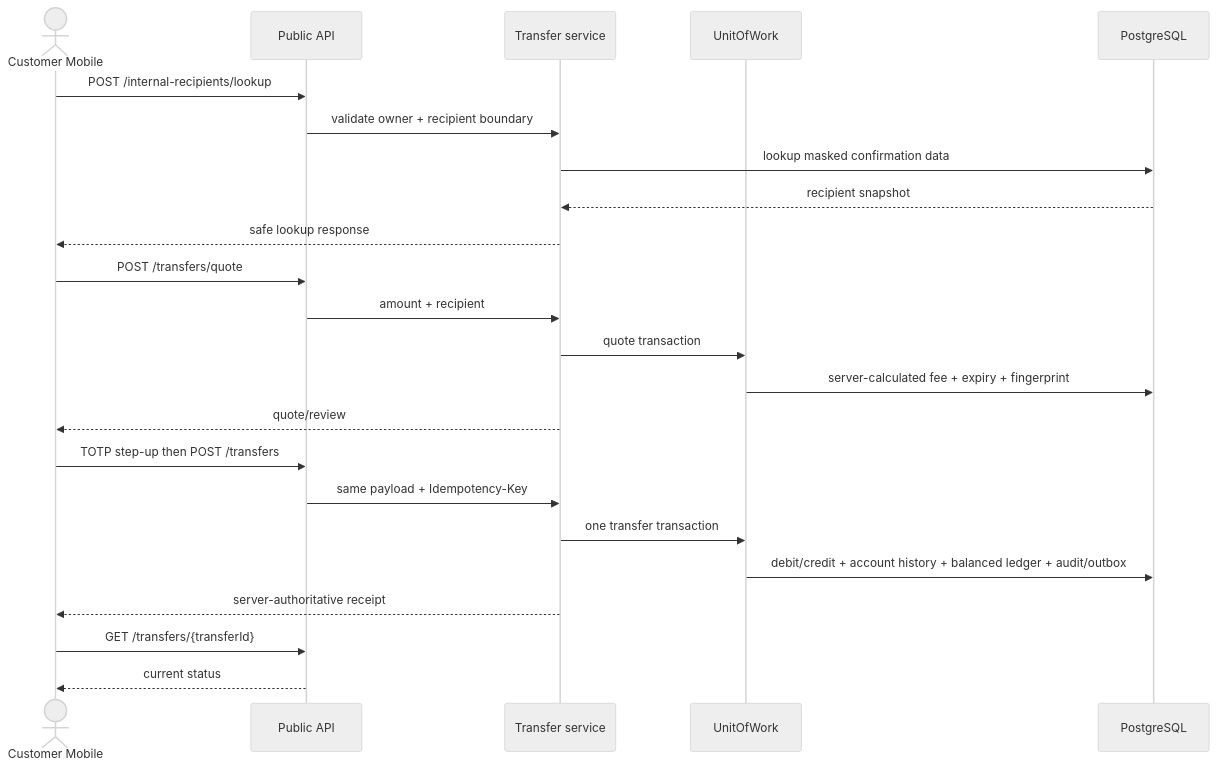
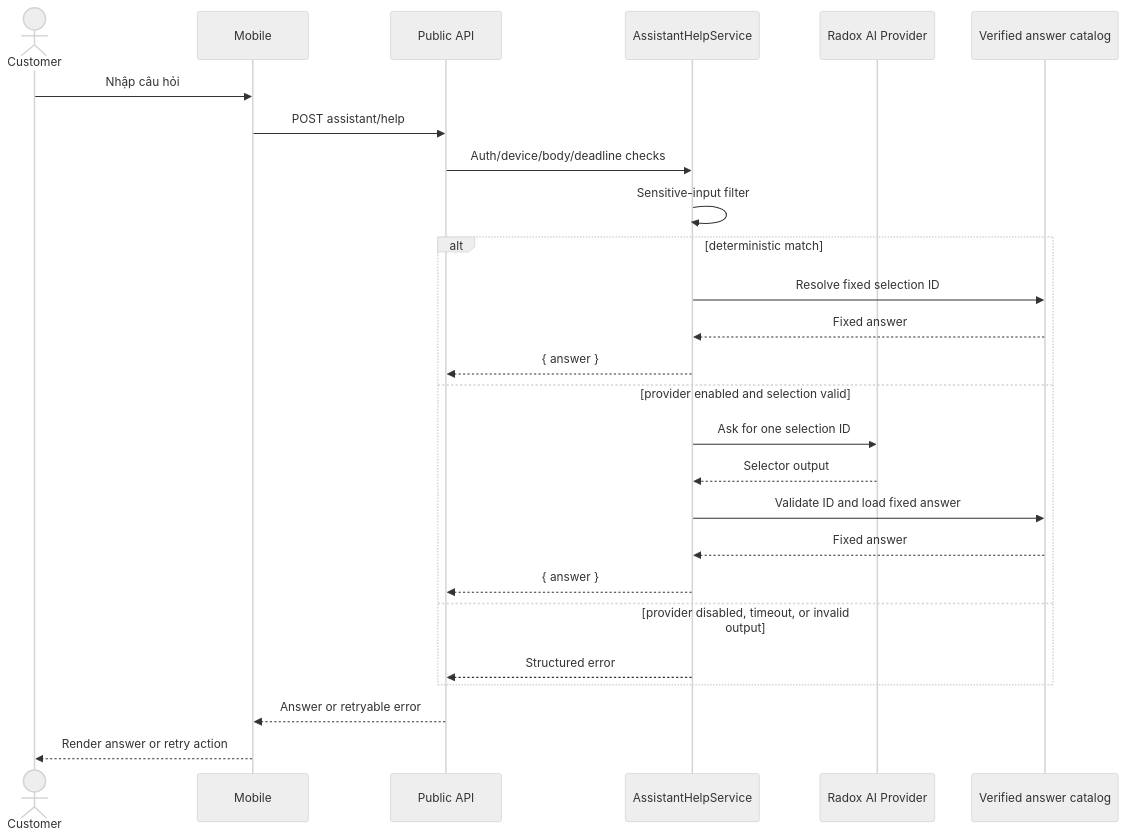
One commit to NguyenCaoKy1603/banking-system changed the third of 4 diagrams in documents/02-design/sequence-core-demo.md. Above: the diagram before and after it, drawn with Mermaid (neutral theme). The commit also changed other lines of this file and 69 other files, not shown here.

Commit message:
docs(specification): align comprehensive 31 use-cases specification and roadmap

````diff
--- a/documents/02-design/sequence-core-demo.md
+++ b/documents/02-design/sequence-core-demo.md
@@ -67,26 +72,29 @@
-```mermaid
+~~~mermaid
 sequenceDiagram
-  actor C as Customer Mobile
-  participant P as Public API
-  participant T as Transfer service
-  participant U as UnitOfWork
-  participant D as PostgreSQL
+  actor C as Customer
+  participant M as Mobile
+  participant API as Public API
+  participant H as AssistantHelpService
+  participant O as Radox AI Provider
+  participant CAT as Verified answer catalog
 
-  C->>P: POST /internal-recipients/lookup
-  P->>T: validate owner + recipient boundary
-  T->>D: lookup masked confirmation data
-  D-->>T: recipient snapshot
-  T-->>C: safe lookup response
-  C->>P: POST /transfers/quote
-  P->>T: amount + recipient
-  T->>U: quote transaction
-  U->>D: server-calculated fee + expiry + fingerprint
-  T-->>C: quote/review
-  C->>P: TOTP step-up then POST /transfers
-  P->>T: same payload + Idempotency-Key
-  T->>U: one transfer transaction
-  U->>D: debit/credit + account history + balanced ledger + audit/outbox
-  T-->>C: server-authoritative receipt
-  C->>P: GET /transfers/{transferId}
-  P-->>C: current status
-```
+  C->>M: Nhập câu hỏi
+  M->>API: POST assistant/help
+  API->>H: Auth/device/body/deadline checks
+  H->>H: Sensitive-input filter
+  alt deterministic match
+    H->>CAT: Resolve fixed selection ID
+    CAT-->>H: Fixed answer
+    H-->>API: { answer }
+  else provider enabled and selection valid
+    H->>O: Ask for one selection ID
+    O-->>H: Selector output
+    H->>CAT: Validate ID and load fixed answer
+    CAT-->>H: Fixed answer
+    H-->>API: { answer }
+  else provider disabled, timeout, or invalid output
+    H-->>API: Structured error
+  end
+  API-->>M: Answer or retryable error
+  M-->>C: Render answer or retry action
+~~~
````
